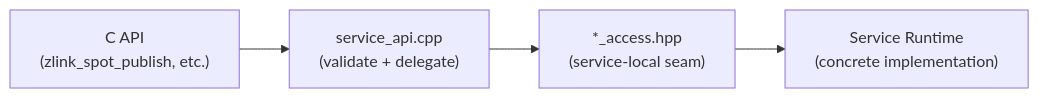
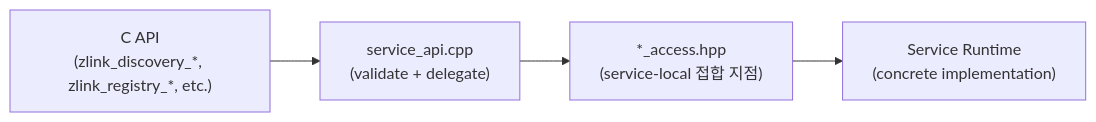
One commit to kairos-code-dev/zlink changed the second of 3 diagrams in doc/site/docs/guide/07-0-services.ko.md. Above: the diagram before and after it, drawn with Mermaid. The commit also changed other lines of this file and 106 other files, not shown here.

````diff
--- a/doc/site/docs/guide/07-0-services.ko.md
+++ b/doc/site/docs/guide/07-0-services.ko.md
@@ -119,6 +132,6 @@
 ```mermaid
 flowchart LR
-    A["C API<br/>(zlink_spot_publish, etc.)"] --> B["service_api.cpp<br/>(validate + delegate)"]
-    B --> C["*_access.hpp<br/>(service-local seam)"]
+    A["C API<br/>(zlink_discovery_*, zlink_registry_*, etc.)"] --> B["service_api.cpp<br/>(validate + delegate)"]
+    B --> C["*_access.hpp<br/>(service-local 접합 지점)"]
     C --> D["Service Runtime<br/>(concrete implementation)"]
 ```
````
